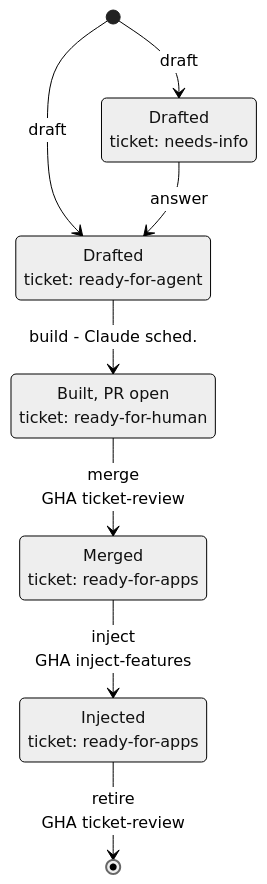
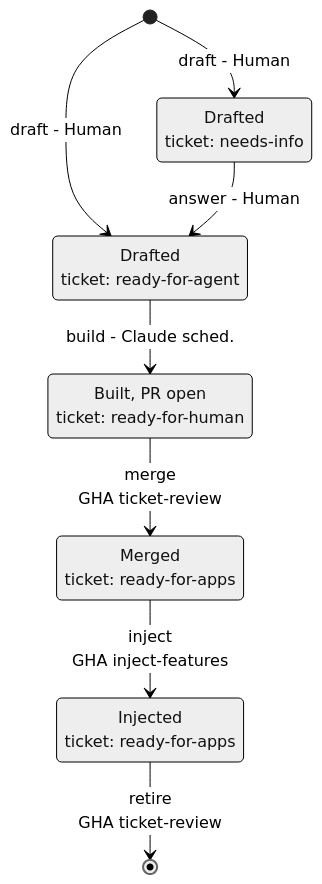
Before and after one commit to any-container/rails-template: the diagram in workflows/features.md, drawn with Mermaid (neutral theme). The commit also changed 1 other file, not shown here.

Commit message:
Label draft and answer transitions as Human
Claude-Session: https://claude.ai/code/session_01UMnZEn2NpHynn8vRPRkCR9

````diff
--- a/workflows/features.md
+++ b/workflows/features.md
@@ -11,17 +11,17 @@
 ```mermaid
 stateDiagram-v2
     direction TB
     state "Drafted<br/>ticket: needs-info" as NeedsInfo
     state "Drafted<br/>ticket: ready-for-agent" as ReadyAgent
     state "Built, PR open<br/>ticket: ready-for-human" as ReadyHuman
     state "Merged<br/>ticket: ready-for-apps" as ReadyApps
     state "Injected<br/>ticket: ready-for-apps" as Injected
 
-    [*] --> NeedsInfo: draft
-    [*] --> ReadyAgent: draft
-    NeedsInfo --> ReadyAgent: answer
+    [*] --> NeedsInfo: draft - Human
+    [*] --> ReadyAgent: draft - Human
+    NeedsInfo --> ReadyAgent: answer - Human
     ReadyAgent --> ReadyHuman: build - Claude sched.
     ReadyHuman --> ReadyApps: merge<br/>GHA ticket-review
     ReadyApps --> Injected: inject<br/>GHA inject-features
     Injected --> [*]: retire<br/>GHA ticket-review
 ```
````
